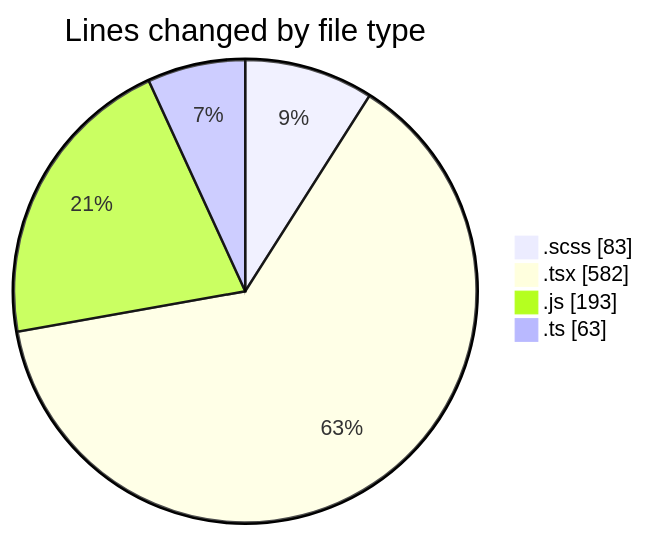
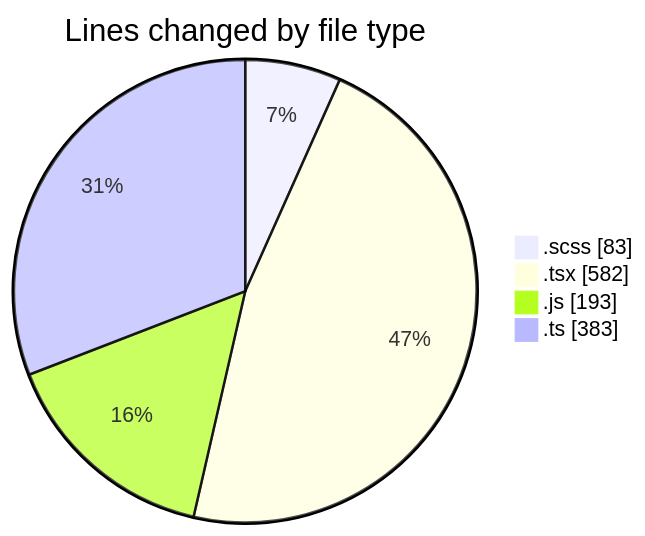
One commit to momahboobian/code-tracking changed the first of 2 diagrams in 2025-03-14/cda/README.md. Above: the diagram before and after it, drawn with Mermaid. The commit also changed other lines of this file and 1 other file, not shown here.

````diff
--- a/2025-03-14/cda/README.md
+++ b/2025-03-14/cda/README.md
@@ -29,8 +30,8 @@
 ```mermaid
 pie showData
 title Lines changed by file type
 ".scss" : 83
 ".tsx" : 582
 ".js" : 193
-".ts" : 63
+".ts" : 383
 ```
````
